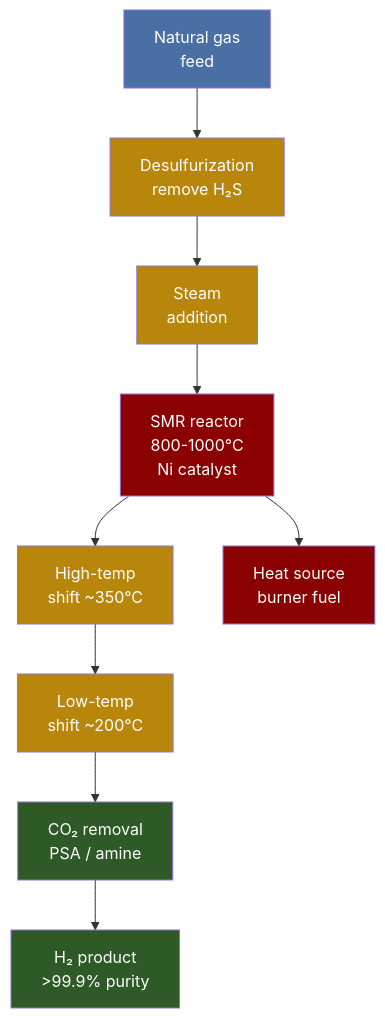
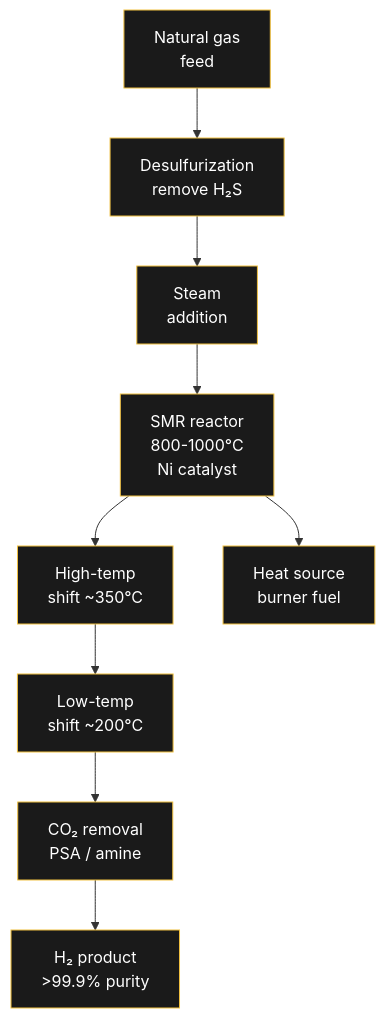
The first of 2 diagrams in content/Engineering/SMR.md (raulmina1/quartz-garden), drawn with Mermaid before and after one commit. The commit also changed other lines of this file and 13 other files, not shown here.

Commit message:
all 10 improvements: dark flowcharts, Plausible analytics, favicon, CNAME for domain, OG images already active

````diff
--- a/content/Engineering/SMR.md
+++ b/content/Engineering/SMR.md
@@ -55,22 +55,22 @@
 ```mermaid
 flowchart TD
     A[Natural gas<br/>feed] --> B[Desulfurization<br/>remove H₂S]
     B --> C[Steam<br/>addition]
     C --> D[SMR reactor<br/>800-1000°C<br/>Ni catalyst]
     D --> E[High-temp<br/>shift ~350°C]
     E --> F[Low-temp<br/>shift ~200°C]
     F --> G[CO₂ removal<br/>PSA / amine]
     G --> H[H₂ product<br/>>99.9% purity]
     
     D --> I[Heat source<br/>burner fuel]
     
-    style A fill:#4a6fa5,color:#fff
-    style B fill:#b8860b,color:#fff
-    style C fill:#b8860b,color:#fff
-    style D fill:#8b0000,color:#fff
-    style E fill:#b8860b,color:#fff
-    style F fill:#b8860b,color:#fff
-    style G fill:#2d5a27,color:#fff
-    style H fill:#2d5a27,color:#fff
-    style I fill:#8b0000,color:#fff
+    style A fill:#1a1a1a,stroke:#f0c040,color:#fff
+    style B fill:#1a1a1a,stroke:#f0c040,color:#fff
+    style C fill:#1a1a1a,stroke:#f0c040,color:#fff
+    style D fill:#1a1a1a,stroke:#f0c040,color:#fff
+    style E fill:#1a1a1a,stroke:#f0c040,color:#fff
+    style F fill:#1a1a1a,stroke:#f0c040,color:#fff
+    style G fill:#1a1a1a,stroke:#f0c040,color:#fff
+    style H fill:#1a1a1a,stroke:#f0c040,color:#fff
+    style I fill:#1a1a1a,stroke:#f0c040,color:#fff
 ```
````
